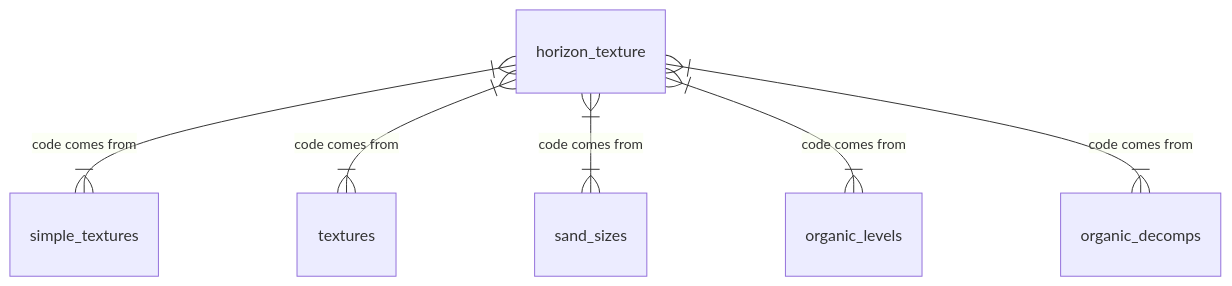
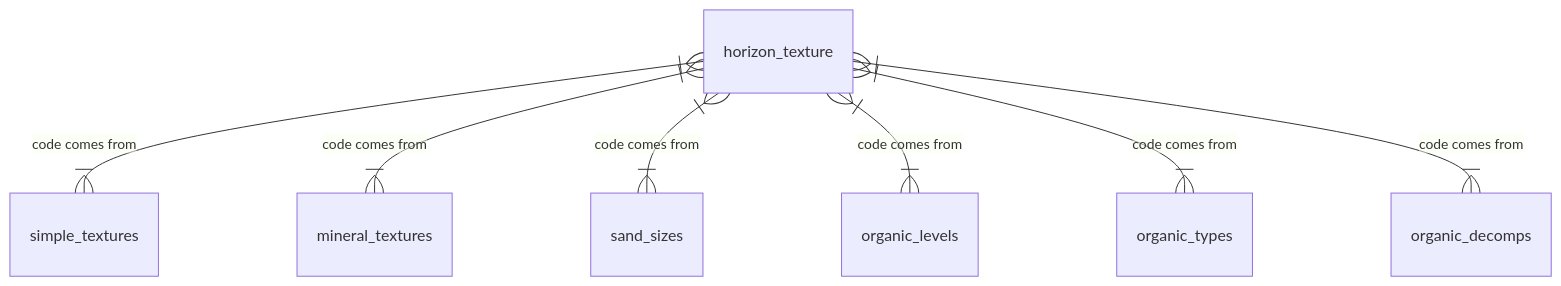
Diagram 14 of 25 in ap_03_database_design.qmd (manaakiwhenua/NZ_soildesc_2024), drawn with Mermaid before and after one commit. The commit also changed other lines of this file and 4 other files, not shown here.

````diff
--- a/ap_03_database_design.qmd
+++ b/ap_03_database_design.qmd
@@ -1135,12 +1135,13 @@
 ```{mermaid}
-%%| fig-cap: "Horizon texture - table arrangement"
+%%| fig-cap: "Horizon texture - Overview"
 
 %%{ init: { 'er': { 'layoutDirection': 'LR' } } }%%
 erDiagram
   horizon_texture }|--|{ simple_textures : "code comes from"
-  horizon_texture }|--|{ textures : "code comes from"
+  horizon_texture }|--|{ mineral_textures : "code comes from"
   horizon_texture }|--|{ sand_sizes : "code comes from"
   horizon_texture }|--|{ organic_levels : "code comes from"
-  horizon_texture }|--|{ organic_decomps : "code comes from" 
+  horizon_texture }|--|{ organic_types : "code comes from"
+  horizon_texture }|--|{ organic_decomps : "code comes from"
 
 ```
````
